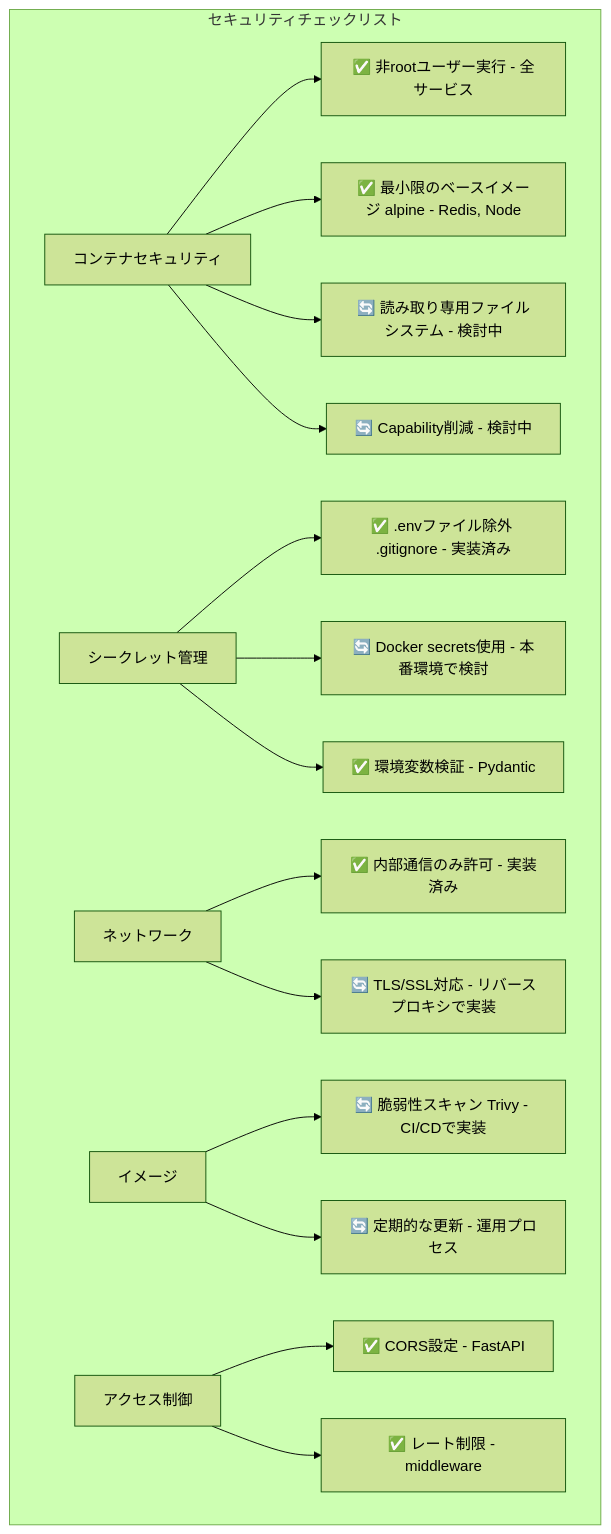
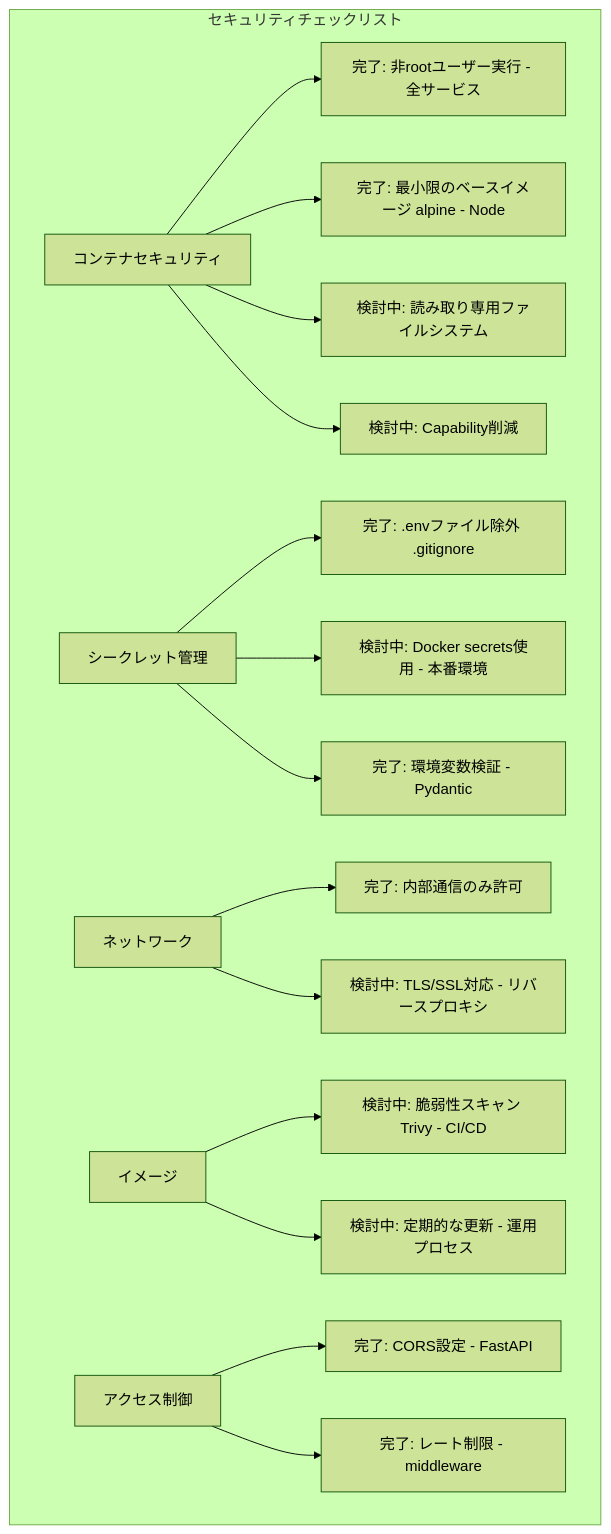
The sixth of 9 diagrams in doc/docker-design.md (thirai-classlab/Claude-Code-Cloud), drawn with Mermaid (forest theme) before and after one commit. The commit also changed other lines of this file and 18 other files, not shown here.

````diff
--- a/doc/docker-design.md
+++ b/doc/docker-design.md
@@ -1084,27 +1128,27 @@
 ```mermaid
 flowchart TD
     subgraph セキュリティチェックリスト
         C1[コンテナセキュリティ]
-        C1 --> C1_1[✅ 非rootユーザー実行 - 全サービス]
-        C1 --> C1_2[✅ 最小限のベースイメージ alpine - Redis, Node]
-        C1 --> C1_3[🔄 読み取り専用ファイルシステム - 検討中]
-        C1 --> C1_4[🔄 Capability削減 - 検討中]
+        C1 --> C1_1[完了: 非rootユーザー実行 - 全サービス]
+        C1 --> C1_2[完了: 最小限のベースイメージ alpine - Node]
+        C1 --> C1_3[検討中: 読み取り専用ファイルシステム]
+        C1 --> C1_4[検討中: Capability削減]
 
         C2[シークレット管理]
-        C2 --> C2_1[✅ .envファイル除外 .gitignore - 実装済み]
-        C2 --> C2_2[🔄 Docker secrets使用 - 本番環境で検討]
-        C2 --> C2_3[✅ 環境変数検証 - Pydantic]
+        C2 --> C2_1[完了: .envファイル除外 .gitignore]
+        C2 --> C2_2[検討中: Docker secrets使用 - 本番環境]
+        C2 --> C2_3[完了: 環境変数検証 - Pydantic]
 
         C3[ネットワーク]
-        C3 --> C3_1[✅ 内部通信のみ許可 - 実装済み]
-        C3 --> C3_2[🔄 TLS/SSL対応 - リバースプロキシで実装]
+        C3 --> C3_1[完了: 内部通信のみ許可]
+        C3 --> C3_2[検討中: TLS/SSL対応 - リバースプロキシ]
 
         C4[イメージ]
-        C4 --> C4_1[🔄 脆弱性スキャン Trivy - CI/CDで実装]
-        C4 --> C4_2[🔄 定期的な更新 - 運用プロセス]
+        C4 --> C4_1[検討中: 脆弱性スキャン Trivy - CI/CD]
+        C4 --> C4_2[検討中: 定期的な更新 - 運用プロセス]
 
         C5[アクセス制御]
-        C5 --> C5_1[✅ CORS設定 - FastAPI]
-        C5 --> C5_2[✅ レート制限 - middleware]
+        C5 --> C5_1[完了: CORS設定 - FastAPI]
+        C5 --> C5_2[完了: レート制限 - middleware]
     end
 ```
````
